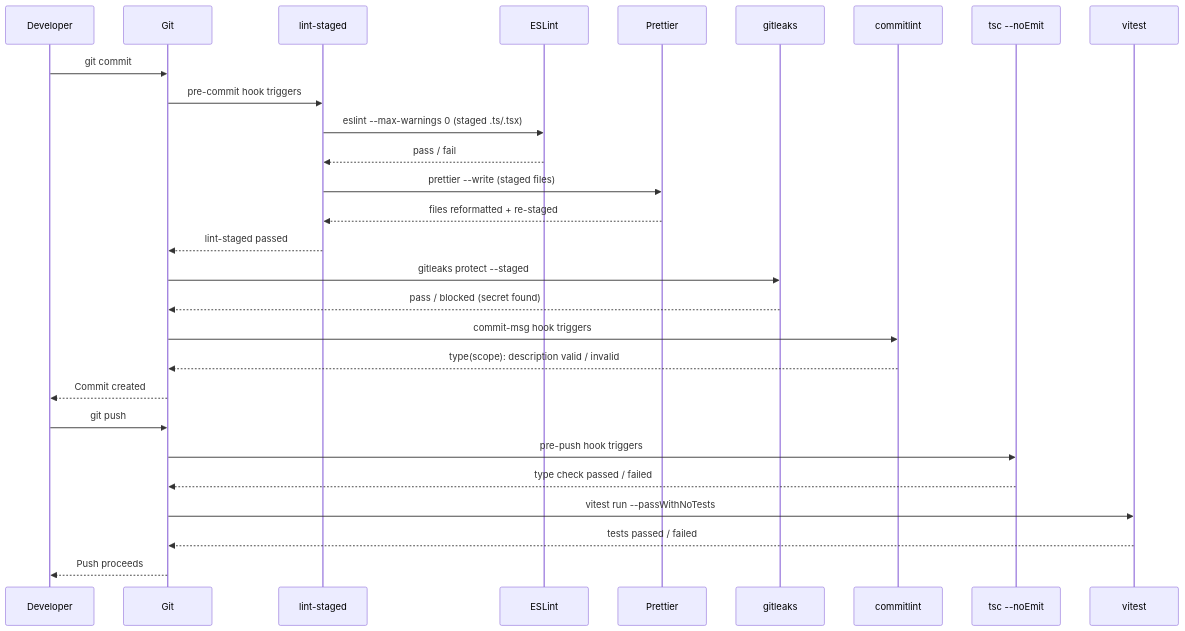
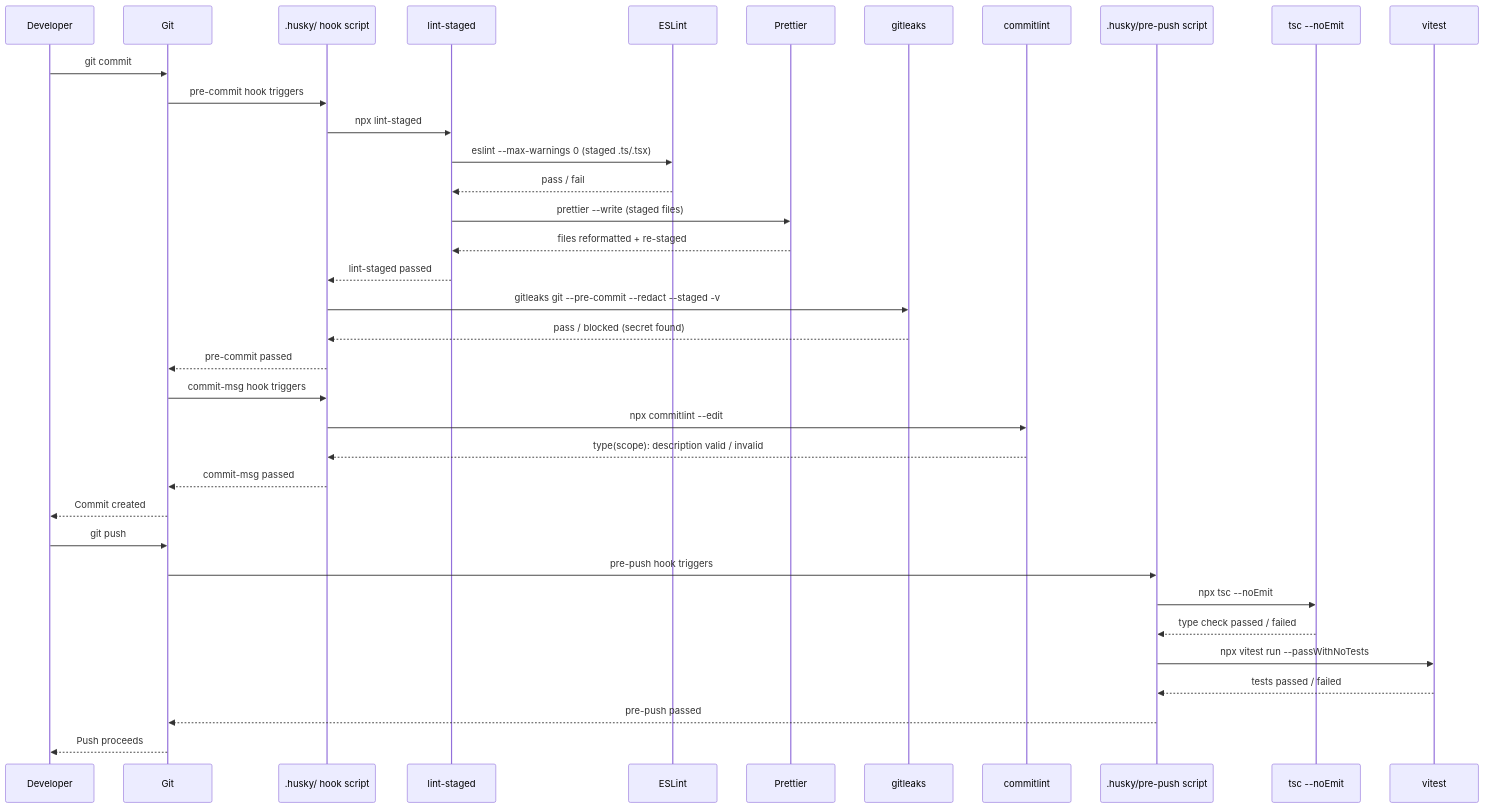
Before and after one commit to alivedise/frontend-engineering-essentials: the diagram in docs/en/Developer Experience and Tooling/1603.md, drawn with Mermaid. The commit also changed other lines of this file and 5 other files, not shown here.

````diff
--- a/docs/en/Developer Experience and Tooling/1603.md
+++ b/docs/en/Developer Experience and Tooling/1603.md
@@ -109,32 +37,40 @@
 ```mermaid
 sequenceDiagram
     participant Dev as Developer
     participant Git
+    participant Hook as .husky/ hook script
     participant lintStaged as lint-staged
     participant ESLint
     participant Prettier
     participant gitleaks
     participant commitlint
+    participant PushHook as .husky/pre-push script
     participant tsc as tsc --noEmit
     participant vitest
 
     Dev->>Git: git commit
-    Git->>lintStaged: pre-commit hook triggers
+    Git->>Hook: pre-commit hook triggers
+    Hook->>lintStaged: npx lint-staged
     lintStaged->>ESLint: eslint --max-warnings 0 (staged .ts/.tsx)
     ESLint-->>lintStaged: pass / fail
     lintStaged->>Prettier: prettier --write (staged files)
     Prettier-->>lintStaged: files reformatted + re-staged
-    lintStaged-->>Git: lint-staged passed
-    Git->>gitleaks: gitleaks protect --staged
-    gitleaks-->>Git: pass / blocked (secret found)
-    Git->>commitlint: commit-msg hook triggers
-    commitlint-->>Git: type(scope): description valid / invalid
+    lintStaged-->>Hook: lint-staged passed
+    Hook->>gitleaks: gitleaks git --pre-commit --redact --staged -v
+    gitleaks-->>Hook: pass / blocked (secret found)
+    Hook-->>Git: pre-commit passed
+    Git->>Hook: commit-msg hook triggers
+    Hook->>commitlint: npx commitlint --edit
+    commitlint-->>Hook: type(scope): description valid / invalid
+    Hook-->>Git: commit-msg passed
     Git-->>Dev: Commit created
 
     Dev->>Git: git push
-    Git->>tsc: pre-push hook triggers
-    tsc-->>Git: type check passed / failed
-    Git->>vitest: vitest run --passWithNoTests
-    vitest-->>Git: tests passed / failed
+    Git->>PushHook: pre-push hook triggers
+    PushHook->>tsc: npx tsc --noEmit
+    tsc-->>PushHook: type check passed / failed
+    PushHook->>vitest: npx vitest run --passWithNoTests
+    vitest-->>PushHook: tests passed / failed
+    PushHook-->>Git: pre-push passed
     Git-->>Dev: Push proceeds
 ```
````
